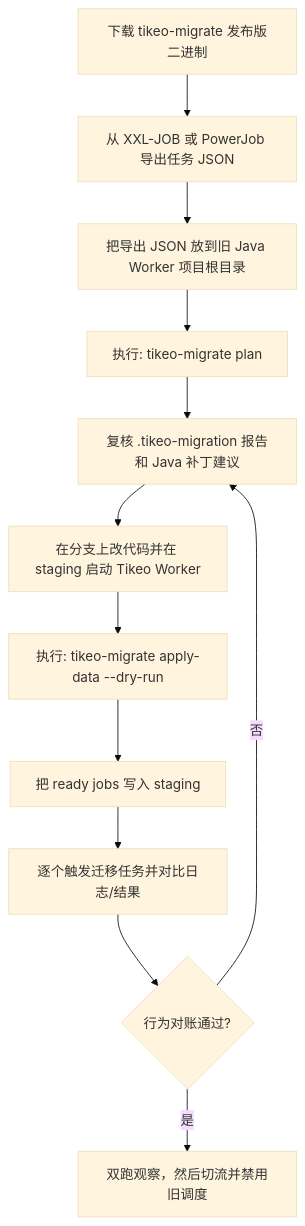
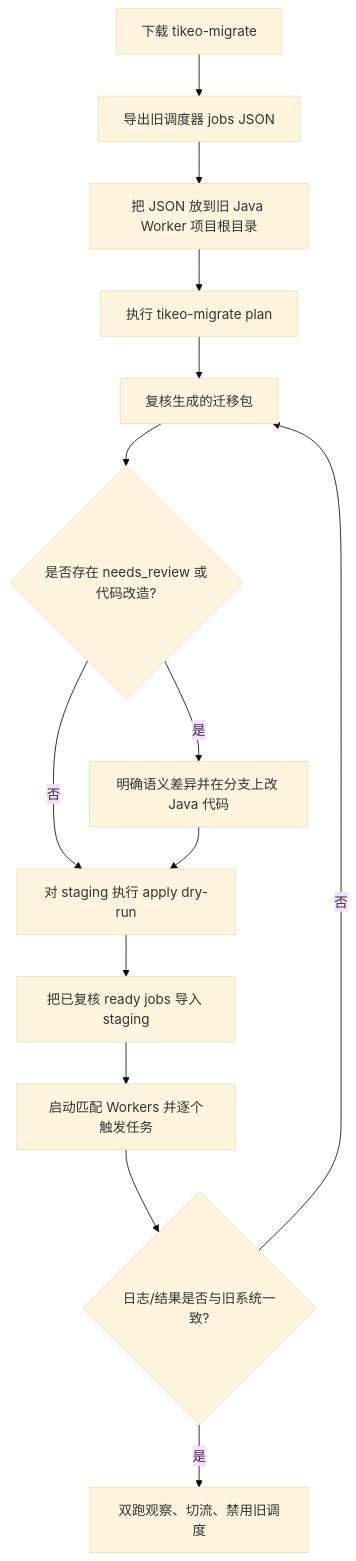
One commit to yhyzgn/tikeo changed the diagram in README.zh-CN.md. Above: the diagram before and after it, drawn with Mermaid (base theme). The commit also changed other lines of this file and 7 other files, not shown here.

Commit message:
Refine migration guide and apply command

````diff
--- a/README.zh-CN.md
+++ b/README.zh-CN.md
@@ -225,14 +227,16 @@
 ```mermaid
 flowchart TD
-  A[下载 tikeo-migrate 发布版二进制] --> B[从 XXL-JOB 或 PowerJob 导出任务 JSON]
-  B --> C[把导出 JSON 放到旧 Java Worker 项目根目录]
-  C --> D[执行: tikeo-migrate plan]
-  D --> E[复核 .tikeo-migration 报告和 Java 补丁建议]
-  E --> F[在分支上改代码并在 staging 启动 Tikeo Worker]
-  F --> G[执行: tikeo-migrate apply-data --dry-run]
-  G --> H[把 ready jobs 写入 staging]
-  H --> I[逐个触发迁移任务并对比日志/结果]
-  I --> J{行为对账通过?}
-  J -- 否 --> E
-  J -- 是 --> K[双跑观察，然后切流并禁用旧调度]
+  A[下载 tikeo-migrate] --> B[导出旧调度器 jobs JSON]
+  B --> C[把 JSON 放到旧 Java Worker 项目根目录]
+  C --> D[执行 tikeo-migrate plan]
+  D --> E[复核生成的迁移包]
+  E --> F{是否存在 needs_review 或代码改造?}
+  F -- 是 --> G[明确语义差异并在分支上改 Java 代码]
+  F -- 否 --> H[对 staging 执行 apply dry-run]
+  G --> H
+  H --> I[把已复核 ready jobs 导入 staging]
+  I --> J[启动匹配 Workers 并逐个触发任务]
+  J --> K{日志/结果是否与旧系统一致?}
+  K -- 否 --> E
+  K -- 是 --> L[双跑观察、切流、禁用旧调度]
 ```
````
